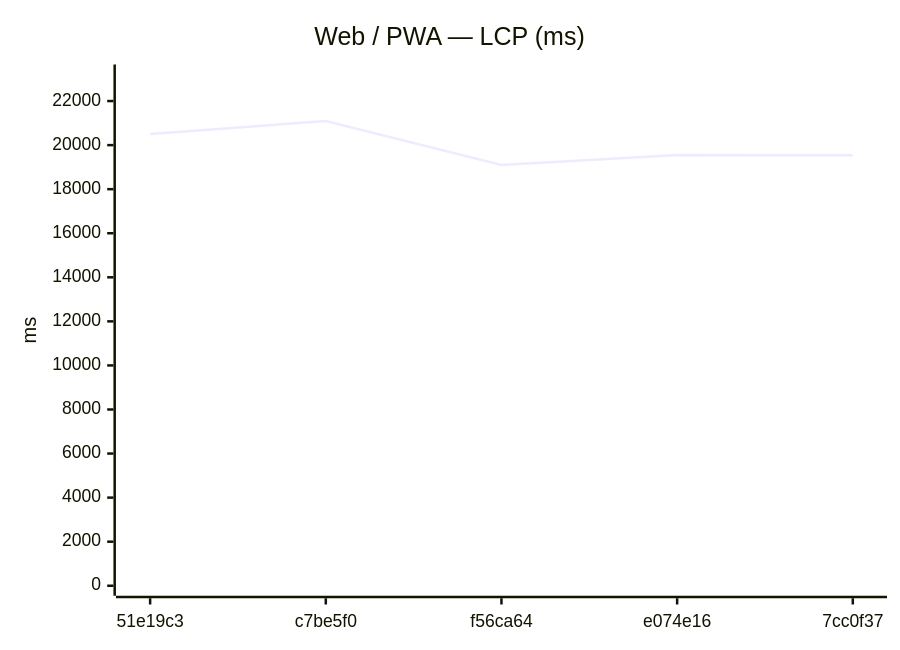
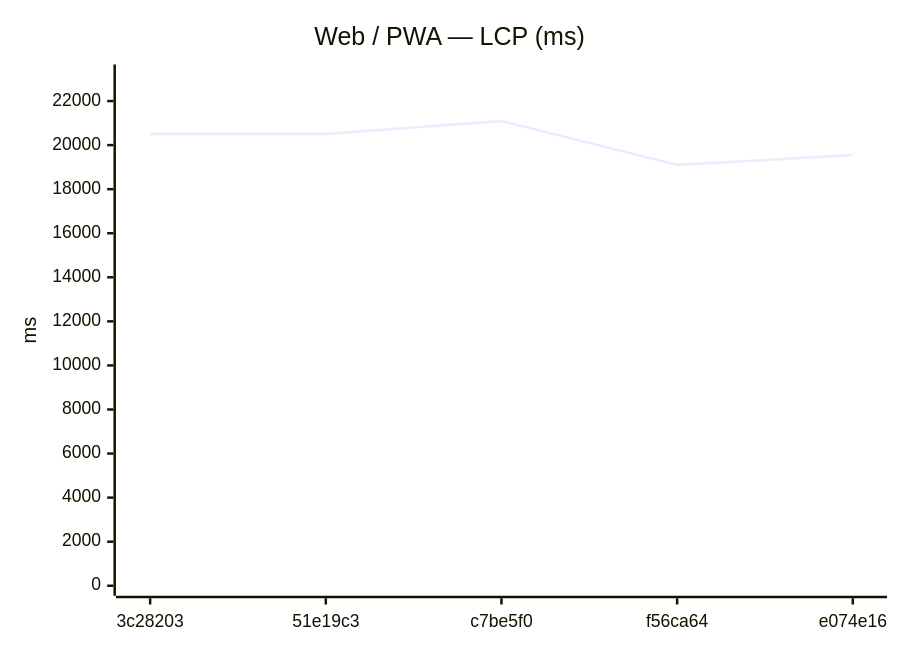
One commit to Metaheurist/Rianell changed the seventh of 18 diagrams in benchmarks/compare.md. Above: the diagram before and after it, drawn with Mermaid. The commit also changed other lines of this file and 11 other files, not shown here.

````diff
--- a/benchmarks/compare.md
+++ b/benchmarks/compare.md
@@ -117,7 +117,7 @@
 ```mermaid
 xychart-beta
     title "Web / PWA — LCP (ms)"
-    x-axis ["51e19c3", "c7be5f0", "f56ca64", "e074e16", "7cc0f37"]
+    x-axis ["3c28203", "51e19c3", "c7be5f0", "f56ca64", "e074e16"]
     y-axis "ms" 0 --> 23205
-    line [20509, 21095, 19101, 19549, 19542]
+    line [20503, 20509, 21095, 19101, 19549]
 ```
````
